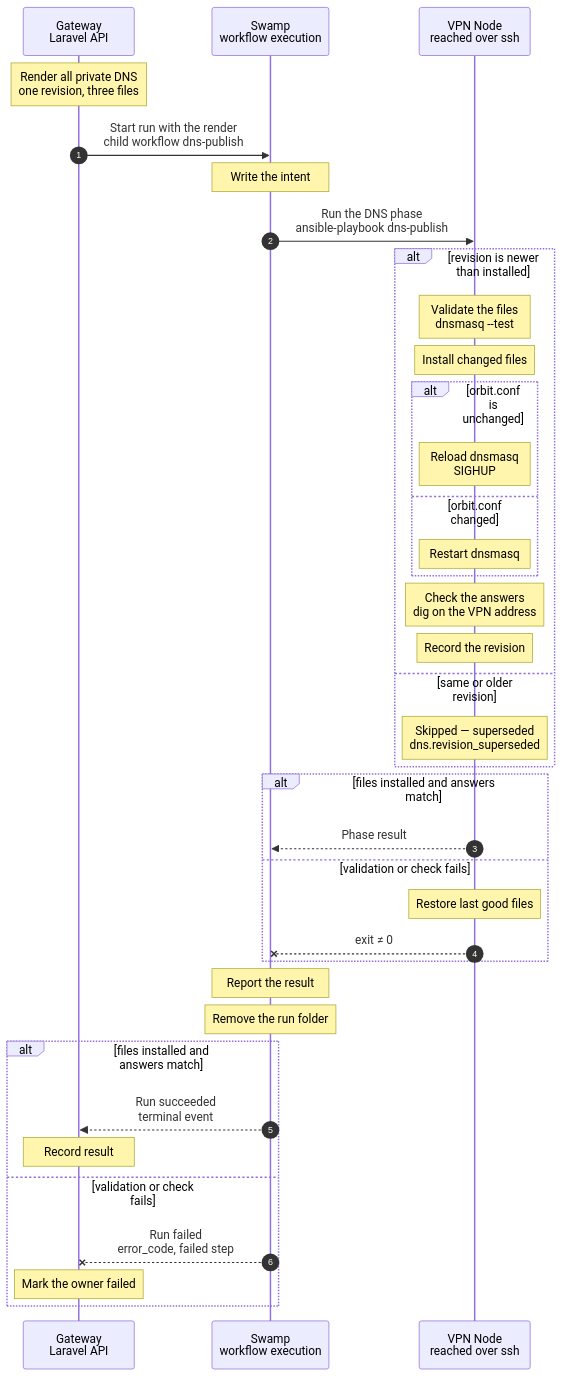
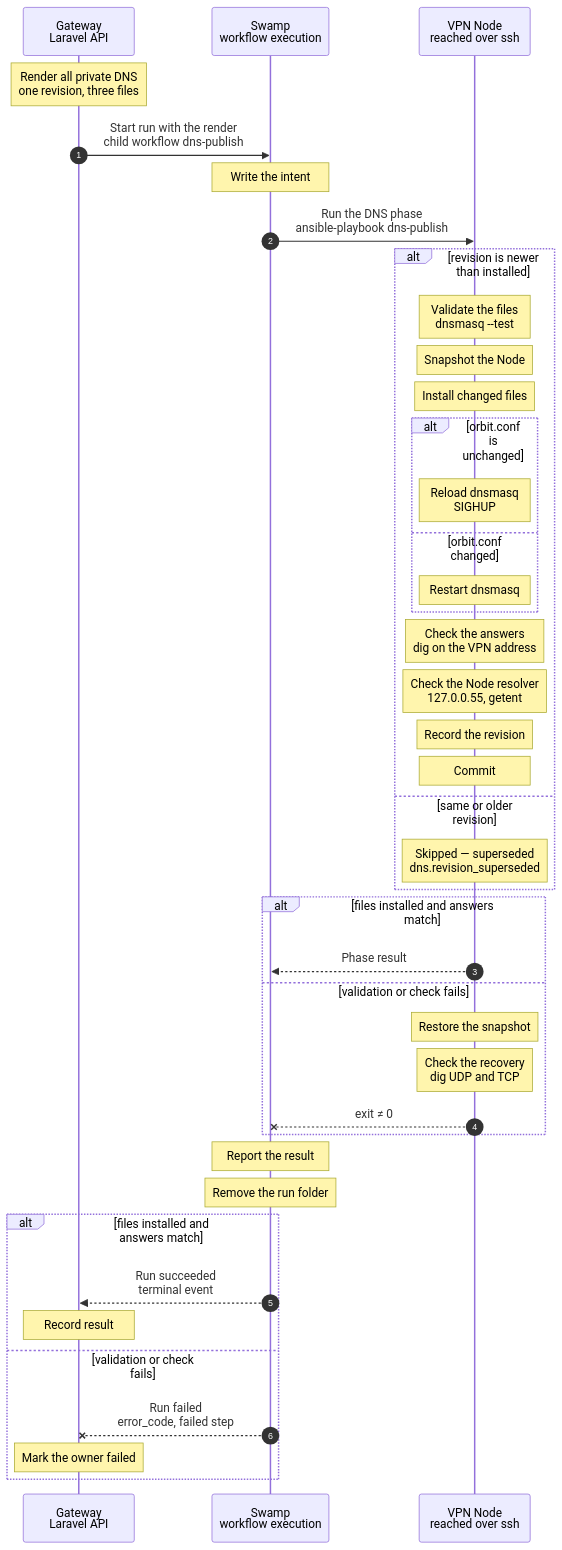
The diagram in docs/cli/dns/publish.mmd (hardimpactdev/orbit), drawn with Mermaid before and after one commit. The commit also changed 10 other files, not shown here.

Commit message:
test(dns): Molecule default models the killed cutover, the interrupted record publication, the answering old listener and the Node resolver; docs and chart follow

```diff
--- a/docs/cli/dns/publish.mmd
+++ b/docs/cli/dns/publish.mmd
@@ -1,115 +1,135 @@
 sequenceDiagram
   %% Target design (ADR 0248, option A chosen 2026-11-07): every publication renders the complete private DNS from the Gateway database, and one Ansible phase writes one dnsmasq configuration on the vpn Node. Shared by Route, Node, Cluster and role kinds.
   %% status: reviewed
   %% command: none · shared step of Route, Node, Cluster and role kinds
   %% kind: dns.publish
   autonumber
   %% lane GW icon=gateway pill=intent tone=blue
   %% lane SW icon=workflow pill=executes tone=green
   %% lane N icon=server pill=target tone=amber
   participant GW as Gateway<br/>Laravel API
   participant SW as Swamp<br/>workflow execution
   participant N as VPN Node<br/>reached over ssh
   Note over GW: Render all private DNS<br/>one revision, three files
   %%> What it does:
   %%> - reads every Route, Node, Cluster and role holder from the database
   %%> - renders the complete state, never a piece of it
   %%> - takes the revision in the same transaction that reads the rows
   %%> Result:
   %%> - `orbit.conf`, `orbit.hosts` and `orbit.servers` as text, and the revision
   %%> Why:
   %%> - each publication is a whole state, so two parallel publications cannot lose each other's change
   %%> - every caller gets the same answer
   GW->>SW: Start run with the render<br/>child workflow dns-publish
   %%> What it does:
   %%> - the owning kind (Route, Node, Cluster or role change) starts this step in its own run
   %%> Inputs:
   %%> - the render (TLDs, records, listen address) and the revision
   %%> - the address and SSH host keys of the VPN Node
   Note over SW: Write the intent
   %%> What it does:
   %%> - writes the render and the connection of the Node to a 0600 file in the run folder, and ships the playbook
   SW->>N: Run the DNS phase<br/>ansible-playbook dns-publish
   %%> How:
   %%> - one Ansible phase reads, changes and checks the Node in one run
   %%> - a Swamp worker reaches the Node over SSH
-  %%> - the phase holds the Node's dnsmasq lock from the first read to the last write
+  %%> - the phase holds the Node's dnsmasq lock from the first read to the end of any recovery
+  %%> - the lock holder outlives the step timeout plus the cutover, so a killed phase never lets a second one in early
   alt revision is newer than installed
     %% path: newer-revision
     Note over N: Validate the files<br/>dnsmasq --test
     %%> What it does:
     %%> - checks the new files in a temporary folder before anything is replaced
     %%> On failure:
     %%> - nothing is installed and the phase fails with `dns.config_invalid`
+    Note over N: Snapshot the Node
+    %%> What it does:
+    %%> - before the first change, saves the files, the unit states and who holds the listen addresses under `snapshot/`
+    %%> - a snapshot that exists is reused, never overwritten, until a publication commits
+    %%> - writes `reload.pending`: a reload is owed until the commit
     Note over N: Install changed files
     %%> What it does:
-    %%> - saves the installed files as the last good set, then replaces only the files whose content changed, each in one rename
+    %%> - replaces only the files whose content changed, each in one rename
     alt orbit.conf is unchanged
       %% path: reload
       Note over N: Reload dnsmasq<br/>SIGHUP
       %%> Why:
       %%> - dnsmasq reads the hosts and servers files again on SIGHUP, so an exact Route change drops no query
       %%> - unchanged means equal to the copy dnsmasq last started with
     else orbit.conf changed
       %% path: restart
       Note over N: Restart dnsmasq
       %%> When:
       %%> - a TLD is added, changed or removed; dnsmasq reads `orbit.conf` only at start
-      %%> - also when an earlier restart failed after the file was installed
+      %%> - also when an earlier restart failed, or dnsmasq is down: the copy it started with is deleted before and written after
+      %%> - the old listener stops and dnsmasq restarts in one detached command, so the address is without an owner for one restart only
     end
     Note over N: Check the answers<br/>dig on the VPN address
     %%> What it does:
     %%> - asks the running dnsmasq for the reserved names and one name per TLD
     %%> - for each exact Route: the A answer, AAAA gives NODATA, and a child name is forwarded
     %%> - fails the phase when an answer differs from the render
+    Note over N: Check the Node resolver<br/>127.0.0.55, getent
+    %%> What it does:
+    %%> - asks the Node's own address 127.0.0.55, where its systemd-resolved sends every name
+    %%> - asks the Node's normal resolver for a private name, a public name and the AAAA of an exact name (NODATA)
     Note over N: Record the revision
     %%> What it does:
     %%> - writes `orbit.revision` last, so a failed run leaves the old revision and a rerun repairs it
+    Note over N: Commit
+    %%> What it does:
+    %%> - the new files become the last good set and the files of the old listener go to `previous/legacy/`
+    %%> - removes `reload.pending`, then the snapshot; a commit that was interrupted is finished by the next publication
   else same or older revision
     %% path: superseded
     Note over N: Skipped — superseded<br/>dns.revision_superseded
     %%> Result:
     %%> - a newer publication already wrote a state that includes this change
     %%> - the files stay as they are and the phase still succeeds
   end
   alt files installed and answers match
     %% path: succeeded
     N-->>SW: Phase result
     %%> Returns:
     %%> - the installed revision and whether dnsmasq reloaded, restarted or stayed
   else validation or check fails
     %% path: failed
-    Note over N: Restore last good files
+    Note over N: Restore the snapshot
     %%> What it does:
-    %%> - runs only when the check failed after the install; puts the last good files back and reloads or restarts dnsmasq
+    %%> - runs only when the Node was changed; puts every saved file and unit state back, from the first snapshot of the unfinished work
+    %%> - restarts dnsmasq on the restored files and starts the old listener again
     %%> - a `dns.config_invalid` refusal installed nothing, so there is nothing to restore
+    Note over N: Check the recovery<br/>dig UDP and TCP
+    %%> What it does:
+    %%> - asks the restored resolvers on the VPN address and on 127.0.0.55, over UDP and TCP
+    %%> - the result says `recovered: true`; when a task or an answer fails it says `recovered: false` and `dns.rollback_failed`
     N--xSW: exit ≠ 0
     %%> When:
     %%> - dnsmasq refuses the files (`dns.config_invalid`), SSH fails, or an answer differs from the render (`dns.check_failed`)
     %%> On the Node:
-    %%> - the phase restores the last good files and reloads or restarts dnsmasq; a rerun renders and writes the whole state again
+    %%> - the phase restores the snapshot; a failed recovery keeps the snapshot, and the next run starts from it
   end
   Note over SW: Report the result
   %%> What it does:
-  %%> - prints the phase's `result.json` (`{revision, dnsmasq}`, or `{error_code}`), also after a failed phase
+  %%> - prints the phase's `result.json` (`{revision, dnsmasq}`, or `{error_code, recovered}`), also after a failed phase
   %%> - this is the terminal step the Gateway reads
   Note over SW: Remove the run folder
   %%> What it does:
   %%> - deletes the intent and the shipped playbook, whatever happened
   alt files installed and answers match
     %% path: recorded
     SW-->>GW: Run succeeded<br/>terminal event
     %%> How the Gateway learns it:
     %%> - its shared run reader sees the terminal event; Swamp never calls the Gateway
     Note over GW: Record result
     %%> Result:
     %%> - the owning kind continues with its next step
   else validation or check fails
     %% path: refused
     SW--xGW: Run failed<br/>error_code, failed step
     %%> The Gateway reads:
     %%> - which step failed and the `error_code` that Report the result printed
     Note over GW: Mark the owner failed
     %%> Retry:
     %%> - run the owning command again after fixing the cause
   end
```
